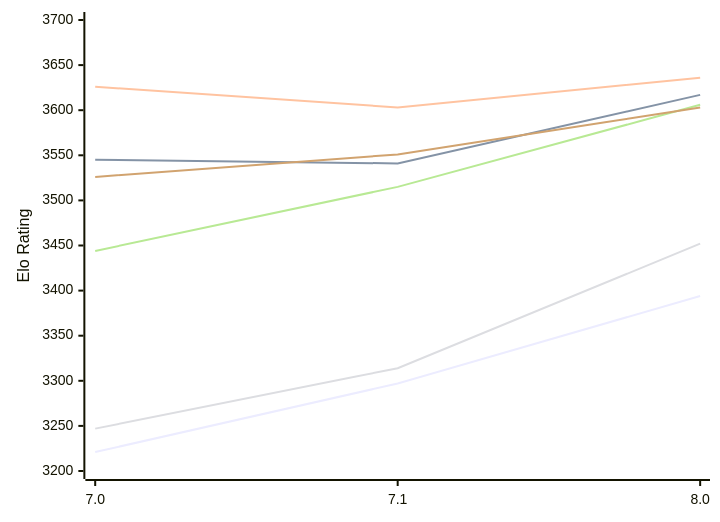
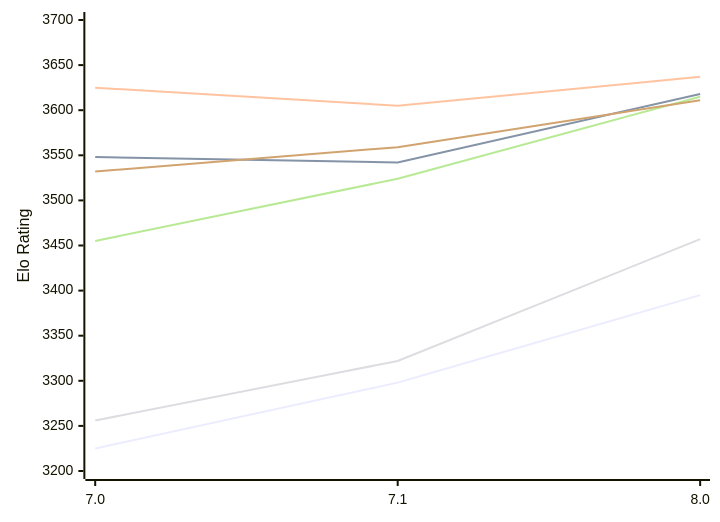
The first of 2 diagrams in engines/PZChessBot.md (computer-chess-index/cci), drawn with Mermaid before and after one commit. The commit also changed other lines of this file, not shown here.

Commit message:
Update CCI Ratings (ELO VLTC) - 2026-11-25

````diff
--- a/engines/PZChessBot.md
+++ b/engines/PZChessBot.md
@@ -55,12 +55,12 @@
 ```mermaid
 %%{init: {"theme":"base","themeVariables":{"seriesColors:['#a3a3a3','#222221','#faa371']}}}%%
 xychart-beta
   x-axis ["7.0", "7.1", "8.0"]
   y-axis "Elo Rating" 3200 --> 3700
-  line "E1: STC (8.0+0.08s)" [3221, 3297, 3394]
-  line "E1: LTC (60.0+0.60s)" [3545, 3541, 3617]
-  line "E1: VLTC (2m24s+1.12s)" [3626, 3603, 3636]
-  line "P1: STC (8.0+0.08s)" [3247, 3314, 3452]
-  line "P1: LTC (60.0+0.60s)" [3444, 3515, 3606]
-  line "P1: VLTC (2m24s+1.12s)" [3526, 3551, 3603]
+  line "E1: STC (8.0+0.08s)" [3225, 3298, 3395]
+  line "E1: LTC (60.0+0.60s)" [3548, 3542, 3618]
+  line "E1: VLTC (2m24s+1.12s)" [3625, 3605, 3637]
+  line "P1: STC (8.0+0.08s)" [3256, 3322, 3457]
+  line "P1: LTC (60.0+0.60s)" [3455, 3524, 3615]
+  line "P1: VLTC (2m24s+1.12s)" [3532, 3559, 3611]
 ```
````
